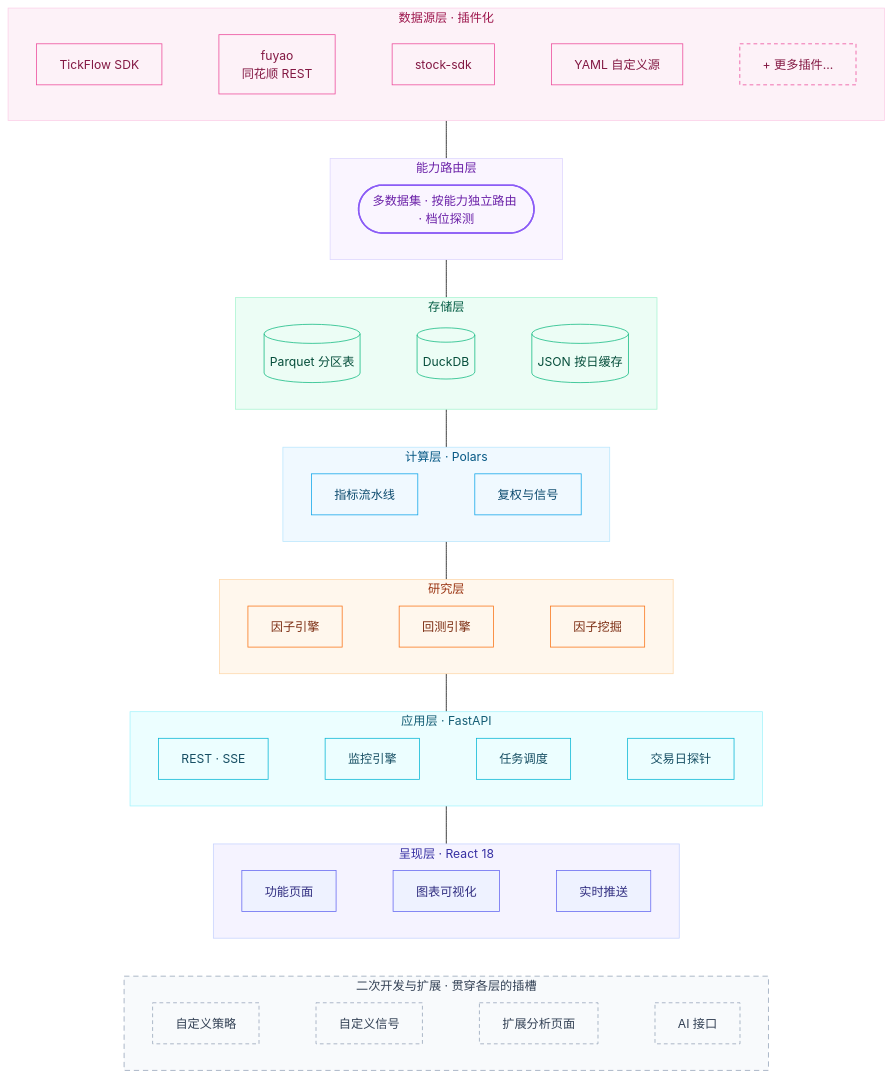
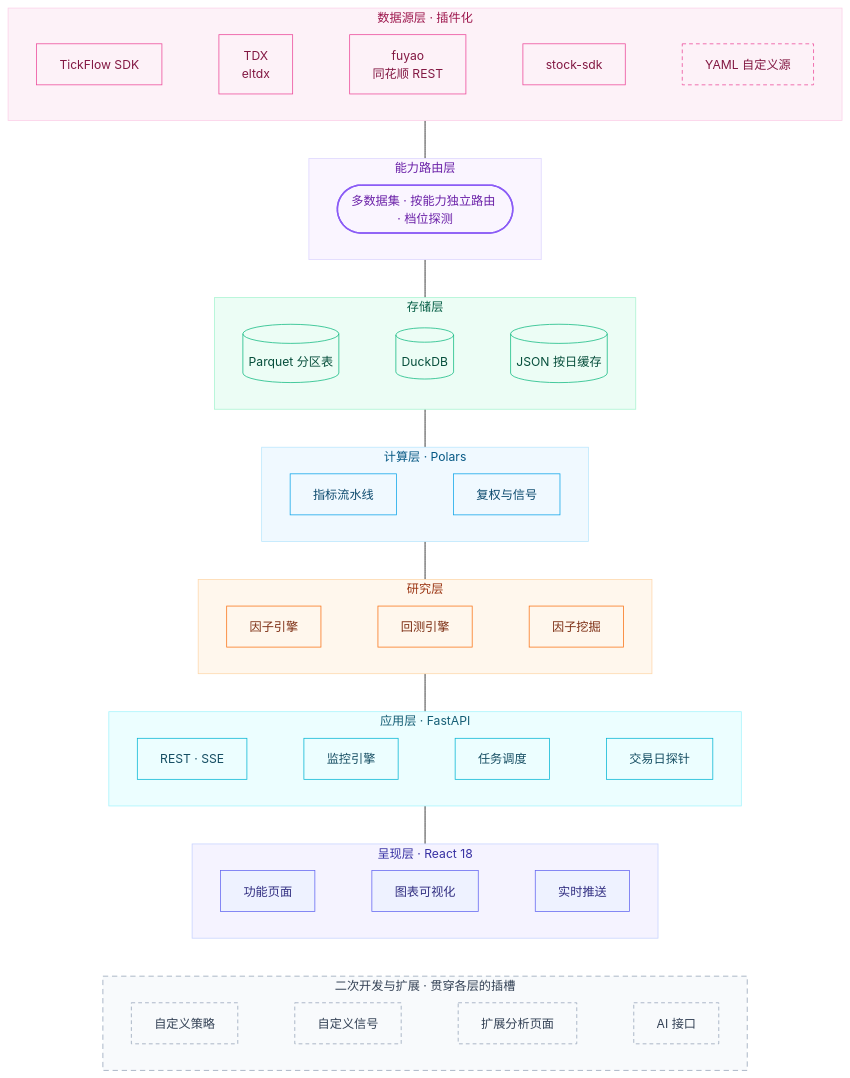
One commit to OpZ6/tickflow-quantall changed the diagram in README.md. Above: the diagram before and after it, drawn with Mermaid (forest theme). The commit also changed other lines of this file and 30 other files, not shown here.

````diff
--- a/README.md
+++ b/README.md
@@ -151,79 +151,79 @@
 ```mermaid
 flowchart TB
     subgraph DATA["数据源层 · 插件化"]
         direction LR
-        D1["TickFlow SDK"] ~~~ D2["fuyao<br/>同花顺 REST"] ~~~ D3["stock-sdk"] ~~~ D4["YAML 自定义源"] ~~~ D5["+ 更多插件…"]
+        D1["TickFlow SDK"] ~~~ D2["TDX<br/>eltdx"] ~~~ D3["fuyao<br/>同花顺 REST"] ~~~ D4["stock-sdk"] ~~~ D5["YAML 自定义源"]
     end
 
     subgraph ROUTE["能力路由层"]
         direction LR
         R(["多数据集 · 按能力独立路由 · 档位探测"])
     end
 
     subgraph STORE["存储层"]
         direction LR
         ST1[("Parquet 分区表")] ~~~ ST2[("DuckDB")] ~~~ ST3[("JSON 按日缓存")]
     end
 
     subgraph CALC["计算层 · Polars"]
         direction LR
         C1["指标流水线"] ~~~ C2["复权与信号"]
     end
 
     subgraph RES["研究层"]
         direction LR
         G1["因子引擎"] ~~~ G2["回测引擎"] ~~~ G3["因子挖掘"]
     end
 
     subgraph SVC["应用层 · FastAPI"]
         direction LR
         S1["REST · SSE"] ~~~ S2["监控引擎"] ~~~ S3["任务调度"] ~~~ S4["交易日探针"]
     end
 
     subgraph FE["呈现层 · React 18"]
         direction LR
         F1["功能页面"] ~~~ F2["图表可视化"] ~~~ F3["实时推送"]
     end
 
     subgraph EXT["二次开发与扩展 · 贯穿各层的插槽"]
         direction LR
         X1["自定义策略"] ~~~ X2["自定义信号"] ~~~ X3["扩展分析页面"] ~~~ X4["AI 接口"]
     end
 
     DATA --- ROUTE
     ROUTE --- STORE
     STORE --- CALC
     CALC --- RES
     RES --- SVC
     SVC --- FE
     FE ~~~ EXT
 
     classDef fe fill:#eef2ff,stroke:#6366f1,color:#312e81
     classDef svc fill:#ecfeff,stroke:#06b6d4,color:#164e63
     classDef res fill:#fff7ed,stroke:#f97316,color:#7c2d12
     classDef calc fill:#f0f9ff,stroke:#0ea5e9,color:#0c4a6e
     classDef store fill:#ecfdf5,stroke:#10b981,color:#064e3b
     classDef data fill:#fdf2f8,stroke:#ec4899,color:#831843
     classDef pluginSlot fill:#fdf2f8,stroke:#ec4899,color:#831843,stroke-dasharray:5 4
     classDef route fill:#faf5ff,stroke:#8b5cf6,color:#6b21a8,stroke-width:2px
     classDef ext fill:#f8fafc,stroke:#94a3b8,color:#334155,stroke-dasharray:5 4
 
     class F1,F2,F3 fe
     class S1,S2,S3,S4 svc
     class G1,G2,G3 res
     class C1,C2 calc
     class ST1,ST2,ST3 store
     class D1,D2,D3,D4 data
     class D5 pluginSlot
     class R route
     class X1,X2,X3,X4 ext
 
     style FE fill:#f5f3ff,stroke:#c7d2fe,color:#3730a3
     style SVC fill:#ecfeff,stroke:#a5f3fc,color:#155e75
     style RES fill:#fff7ed,stroke:#fed7aa,color:#9a3412
     style CALC fill:#f0f9ff,stroke:#bae6fd,color:#075985
     style STORE fill:#ecfdf5,stroke:#a7f3d0,color:#065f46
     style ROUTE fill:#faf5ff,stroke:#ddd6fe,color:#6b21a8
     style DATA fill:#fdf2f8,stroke:#fbcfe8,color:#9d174d
     style EXT fill:#f8fafc,stroke:#94a3b8,color:#334155,stroke-dasharray:7 5
 ```
````
